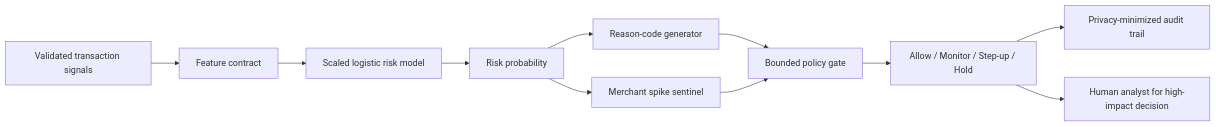
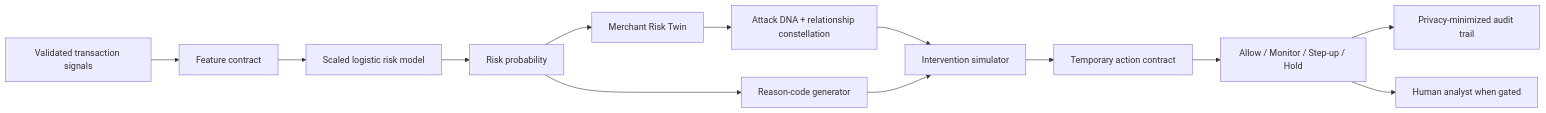
Before and after one commit to SAI6601/RiskLens-AI: the diagram in README.md, drawn with Mermaid. The commit also changed other lines of this file and 8 other files, not shown here.

Commit message:
Document winning incident story and hash audit trail

````diff
--- a/README.md
+++ b/README.md
@@ -50,13 +52,15 @@
 ```mermaid
 flowchart LR
     A[Validated transaction signals] --> B[Feature contract]
     B --> C[Scaled logistic risk model]
     C --> D[Risk probability]
     D --> E[Reason-code generator]
-    D --> F[Merchant spike sentinel]
-    E --> G[Bounded policy gate]
-    F --> G
-    G --> H[Allow / Monitor / Step-up / Hold]
-    H --> I[Privacy-minimized audit trail]
-    H --> J[Human analyst for high-impact decision]
+    D --> F[Merchant Risk Twin]
+    F --> G[Attack DNA + relationship constellation]
+    G --> H[Intervention simulator]
+    E --> H
+    H --> I[Temporary action contract]
+    I --> J[Allow / Monitor / Step-up / Hold]
+    J --> K[Privacy-minimized audit trail]
+    J --> L[Human analyst when gated]
 ```
````
